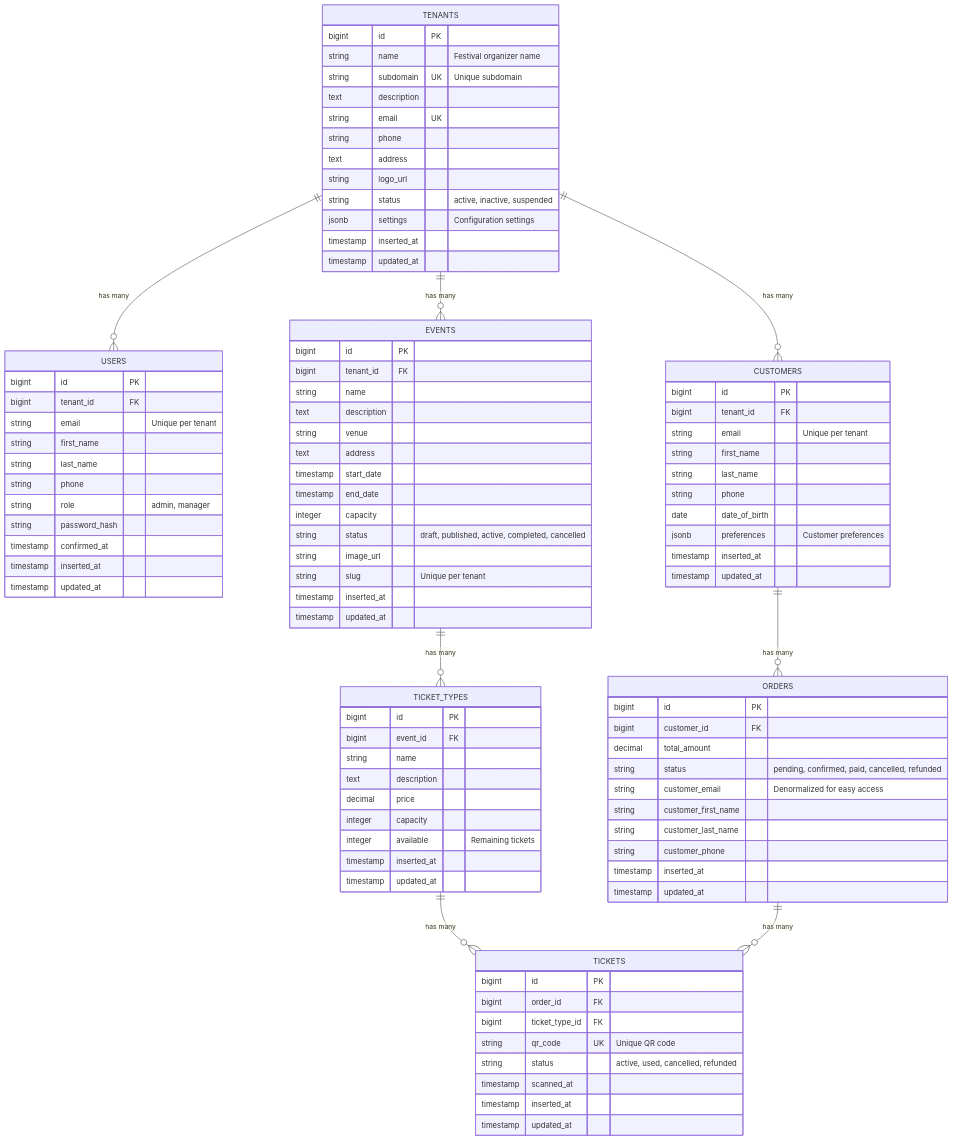
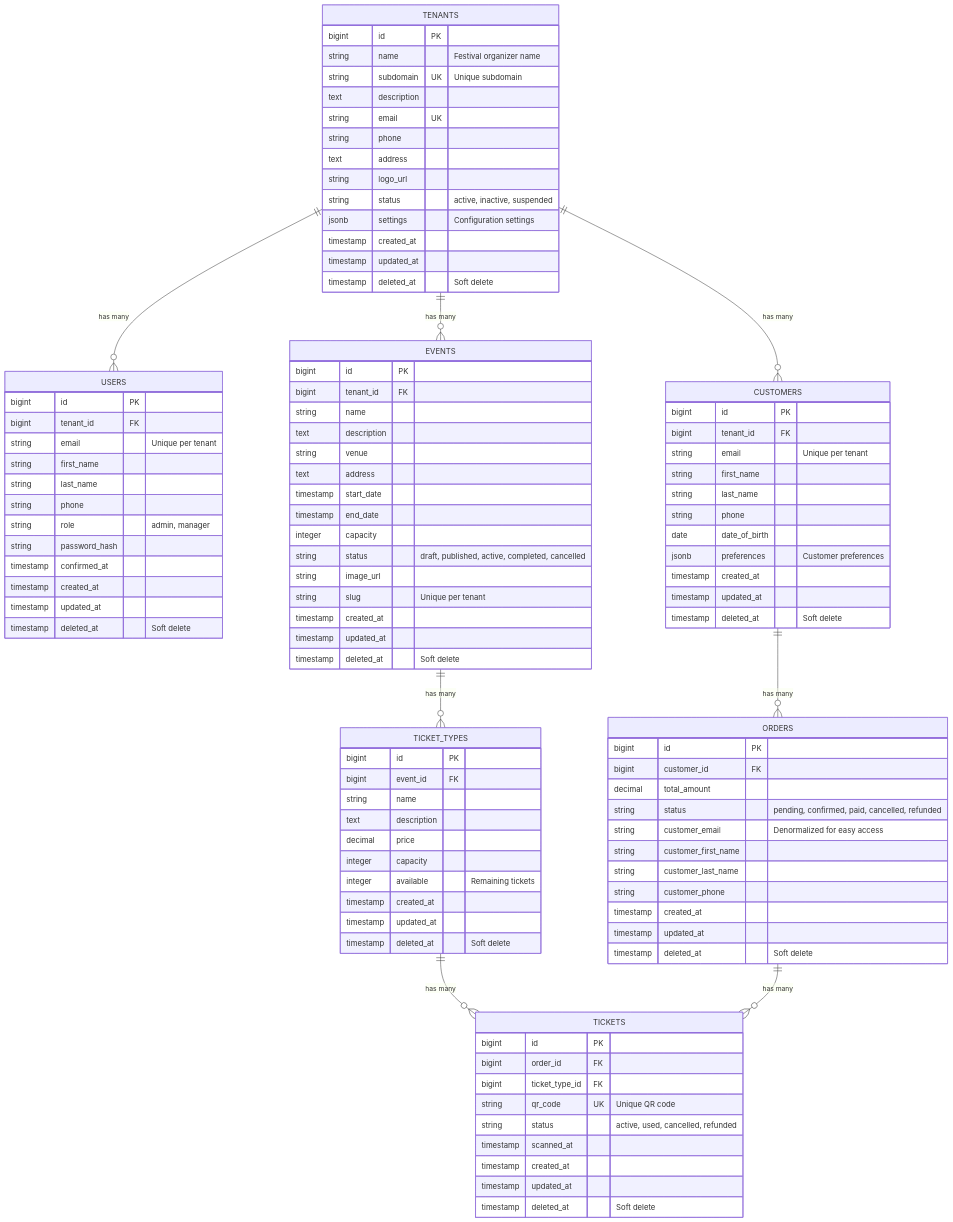
Before and after one commit to MorrisHannessen/Ticketify: the diagram in docs/database_schema.md, drawn with Mermaid. The commit also changed other lines of this file and 9 other files, not shown here.

````diff
--- a/docs/database_schema.md
+++ b/docs/database_schema.md
@@ -28,8 +28,9 @@
         string logo_url
         string status "active, inactive, suspended"
         jsonb settings "Configuration settings"
-        timestamp inserted_at
+        timestamp created_at
         timestamp updated_at
+        timestamp deleted_at "Soft delete"
     }
     
     USERS {
@@ -42,8 +43,9 @@
         string role "admin, manager"
         string password_hash
         timestamp confirmed_at
-        timestamp inserted_at
+        timestamp created_at
         timestamp updated_at
+        timestamp deleted_at "Soft delete"
     }
     
     CUSTOMERS {
@@ -55,8 +57,9 @@
         string phone
         date date_of_birth
         jsonb preferences "Customer preferences"
-        timestamp inserted_at
+        timestamp created_at
         timestamp updated_at
+        timestamp deleted_at "Soft delete"
     }
     
     EVENTS {
@@ -72,8 +75,9 @@
         string status "draft, published, active, completed, cancelled"
         string image_url
         string slug "Unique per tenant"
-        timestamp inserted_at
+        timestamp created_at
         timestamp updated_at
+        timestamp deleted_at "Soft delete"
     }
     
     TICKET_TYPES {
@@ -84,8 +88,9 @@
         decimal price
         integer capacity
         integer available "Remaining tickets"
-        timestamp inserted_at
+        timestamp created_at
         timestamp updated_at
+        timestamp deleted_at "Soft delete"
     }
     
     ORDERS {
@@ -97,8 +102,9 @@
         string customer_first_name
         string customer_last_name
         string customer_phone
-        timestamp inserted_at
+        timestamp created_at
         timestamp updated_at
+        timestamp deleted_at "Soft delete"
     }
     
     TICKETS {
@@ -108,7 +114,8 @@
         string qr_code UK "Unique QR code"
         string status "active, used, cancelled, refunded"
         timestamp scanned_at
-        timestamp inserted_at
+        timestamp created_at
         timestamp updated_at
+        timestamp deleted_at "Soft delete"
     }
 ```
````
